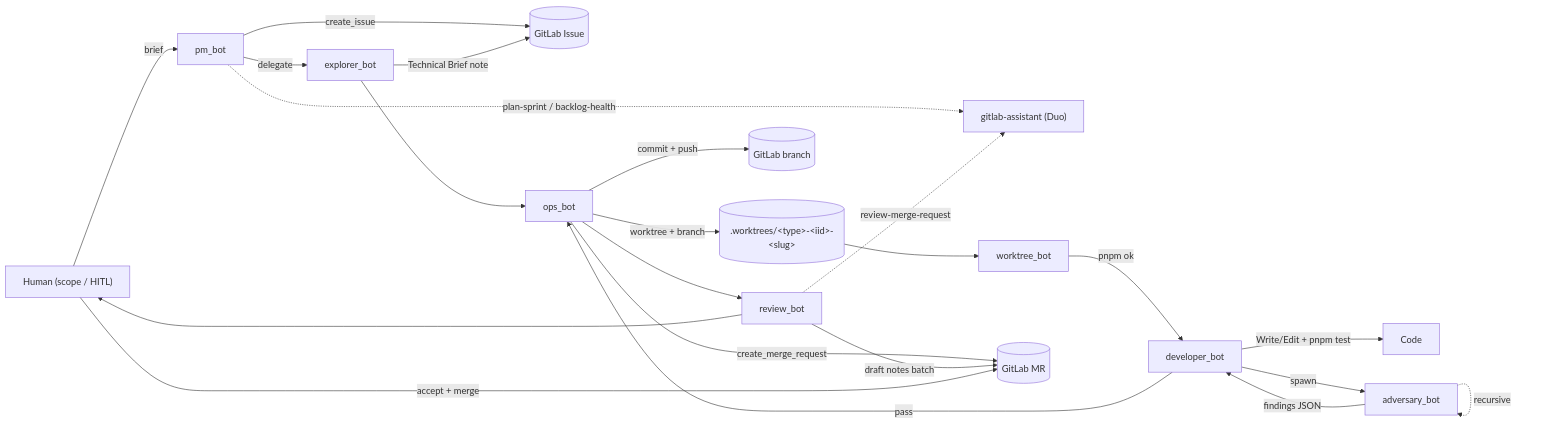
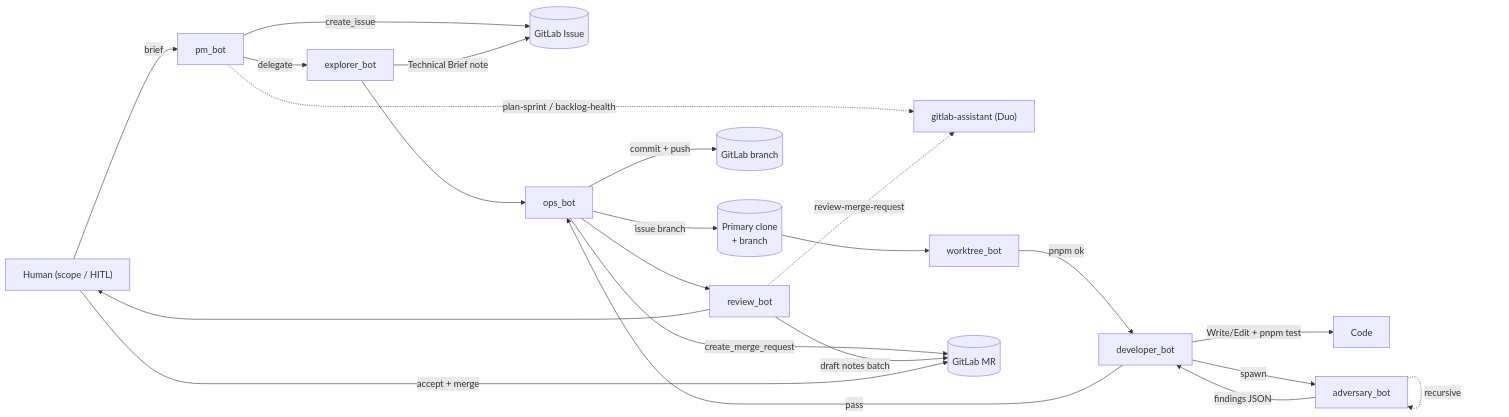
One commit to sebazai/eggosystem changed the first of 2 diagrams in AGENTS.md. Above: the diagram before and after it, drawn with Mermaid. The commit also changed other lines of this file and 14 other files, not shown here.

````diff
--- a/AGENTS.md
+++ b/AGENTS.md
@@ -15,24 +15,24 @@
 ```mermaid
 flowchart LR
     Human["Human (scope / HITL)"] -->|brief| PM[pm_bot]
     PM -->|create_issue| Issue[("GitLab Issue")]
     PM -->|delegate| Explorer[explorer_bot]
     PM -.plan-sprint / backlog-health.-> Duo["gitlab-assistant (Duo)"]
     Explorer -->|"Technical Brief note"| Issue
     Explorer --> Ops[ops_bot]
-    Ops -->|worktree + branch| WT[(".worktrees/&lt;type&gt;-&lt;iid&gt;-&lt;slug&gt;")]
+    Ops -->|issue branch| WT[("Primary clone\n+ branch")]
     WT --> WTB[worktree_bot]
     WTB -->|pnpm ok| Developer[developer_bot]
     Developer -->|"Write/Edit + pnpm test"| Code
     Developer -->|spawn| Adversary[adversary_bot]
     Adversary -->|"findings JSON"| Developer
     Adversary -. recursive .-> Adversary
     Developer -->|pass| Ops
     Ops -->|commit + push| Branch[(GitLab branch)]
     Ops -->|create_merge_request| MR[(GitLab MR)]
     Ops --> Review[review_bot]
     Review -.review-merge-request.-> Duo
     Review -->|draft notes batch| MR
     Review --> Human
     Human -->|accept + merge| MR
 ```
````
